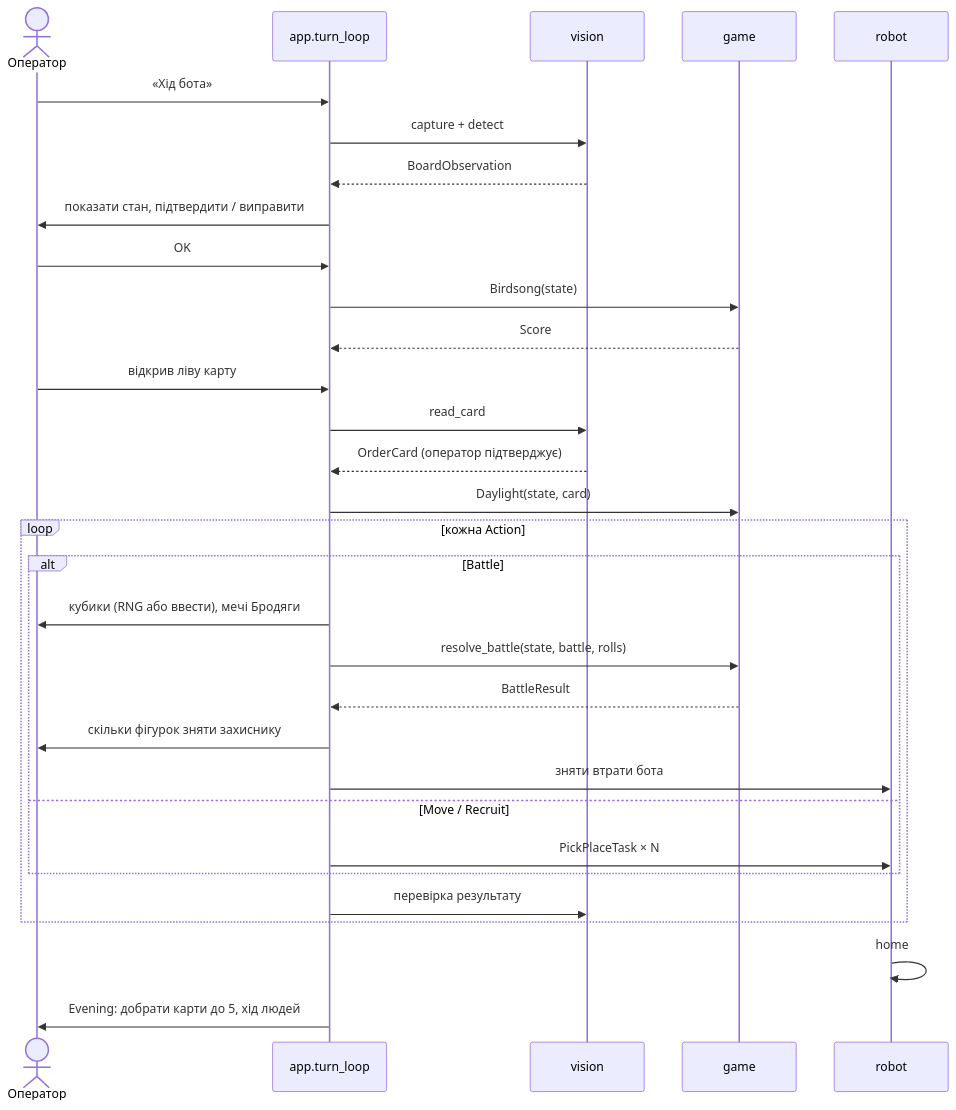
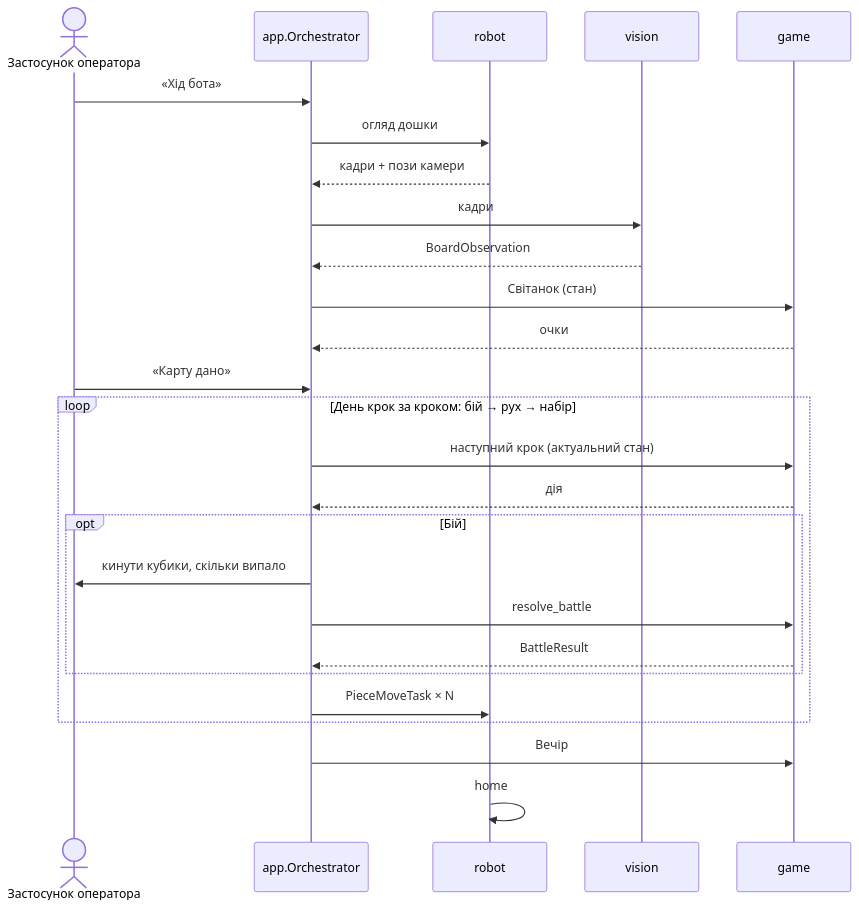
Before and after one commit to olenakshyk/RootBot67: the second of 2 diagrams in docs/architecture.md, drawn with Mermaid. The commit also changed other lines of this file and 16 other files, not shown here.

First line of the commit message:
Documentation in docs/: short README with an index, overview, getting started, contributing, architecture overview, autonomy list

````diff
--- a/docs/architecture.md
+++ b/docs/architecture.md
@@ -140,34 +106,29 @@
 ```mermaid
 sequenceDiagram
-    actor Op as Оператор
-    participant App as app.turn_loop
+    actor Op as Застосунок оператора
+    participant App as app.Orchestrator
+    participant Rob as robot
     participant Vis as vision
     participant Game as game
-    participant Rob as robot
 
     Op->>App: «Хід бота»
-    App->>Vis: capture + detect
+    App->>Rob: огляд дошки
+    Rob-->>App: кадри + пози камери
+    App->>Vis: кадри
     Vis-->>App: BoardObservation
-    App->>Op: показати стан, підтвердити / виправити
-    Op->>App: OK
-    App->>Game: Birdsong(state)
-    Game-->>App: Score
-    Op->>App: відкрив ліву карту
-    App->>Vis: read_card
-    Vis-->>App: OrderCard (оператор підтверджує)
-    App->>Game: Daylight(state, card)
-    loop кожна Action
-        alt Battle
-            App->>Op: кубики (RNG або ввести), мечі Бродяги
-            App->>Game: resolve_battle(state, battle, rolls)
+    App->>Game: Світанок (стан)
+    Game-->>App: очки
+    Op->>App: «Карту дано»
+    loop День крок за кроком: бій → рух → набір
+        App->>Game: наступний крок (актуальний стан)
+        Game-->>App: дія
+        opt Бій
+            App->>Op: кинути кубики, скільки випало
+            App->>Game: resolve_battle
             Game-->>App: BattleResult
-            App->>Op: скільки фігурок зняти захиснику
-            App->>Rob: зняти втрати бота
-        else Move / Recruit
-            App->>Rob: PickPlaceTask × N
         end
-        App->>Vis: перевірка результату
+        App->>Rob: PieceMoveTask × N
     end
+    App->>Game: Вечір
     Rob->>Rob: home
-    App->>Op: Evening: добрати карти до 5, хід людей
 ```
````
